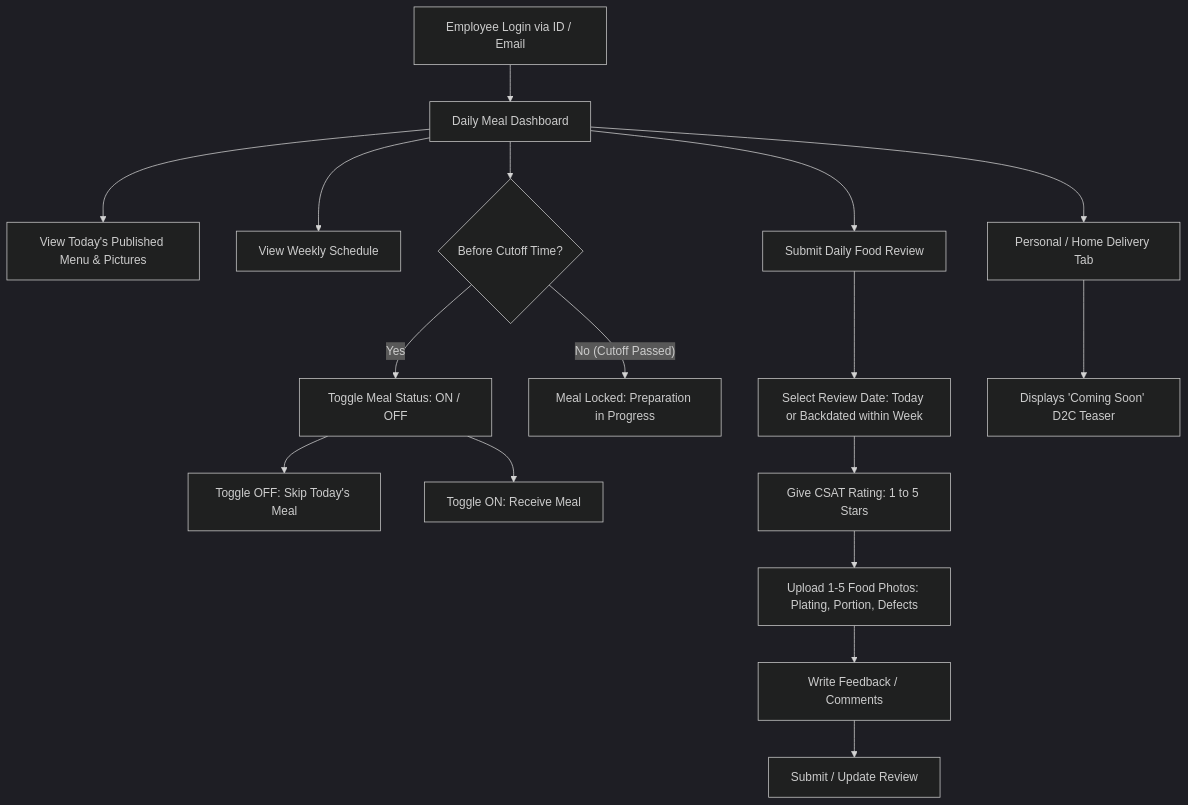
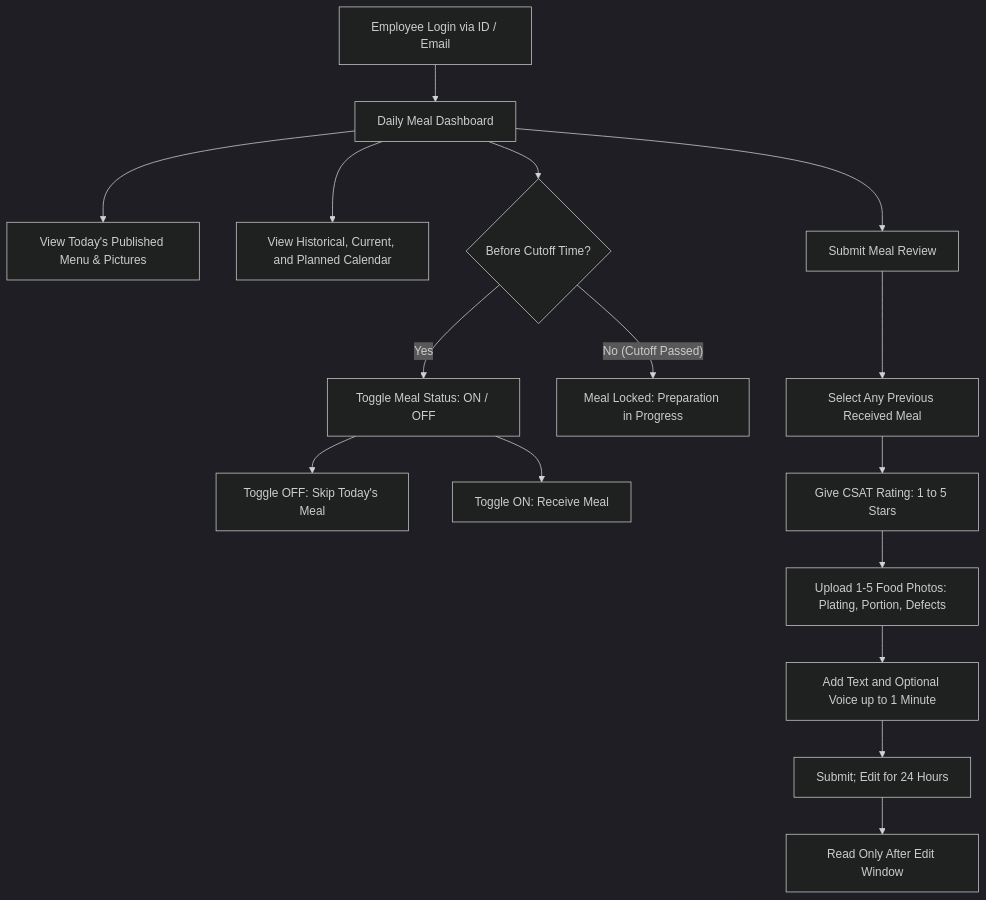
Before and after one commit to live-technology/aamish: the third of 4 diagrams in docs/user-journeys.md, drawn with Mermaid (dark theme). The commit also changed other lines of this file and 244 other files, not shown here.

````diff
--- a/docs/user-journeys.md
+++ b/docs/user-journeys.md
@@ -132,22 +133,20 @@
 ```mermaid
 flowchart TD
     A[Employee Login via ID / Email] --> B[Daily Meal Dashboard]
     B --> B1[View Today's Published Menu & Pictures]
-    B --> B2[View Weekly Schedule]
+    B --> B2[View Historical, Current, and Planned Calendar]
 
     B --> C{Before Cutoff Time?}
     C -- Yes --> D[Toggle Meal Status: ON / OFF]
     D --> D1[Toggle OFF: Skip Today's Meal]
     D --> D2[Toggle ON: Receive Meal]
     C -- No (Cutoff Passed) --> E[Meal Locked: Preparation in Progress]
 
-    B --> F[Submit Daily Food Review]
-    F --> F1[Select Review Date: Today or Backdated within Week]
+    B --> F[Submit Meal Review]
+    F --> F1[Select Any Previous Received Meal]
     F1 --> F2[Give CSAT Rating: 1 to 5 Stars]
     F2 --> F3[Upload 1-5 Food Photos: Plating, Portion, Defects]
-    F3 --> F4[Write Feedback / Comments]
-    F4 --> F5[Submit / Update Review]
-
-    B --> G[Personal / Home Delivery Tab]
-    G --> G1[Displays 'Coming Soon' D2C Teaser]
+    F3 --> F4[Add Text and Optional Voice up to 1 Minute]
+    F4 --> F5[Submit; Edit for 24 Hours]
+    F5 --> F6[Read Only After Edit Window]
 ```
````
